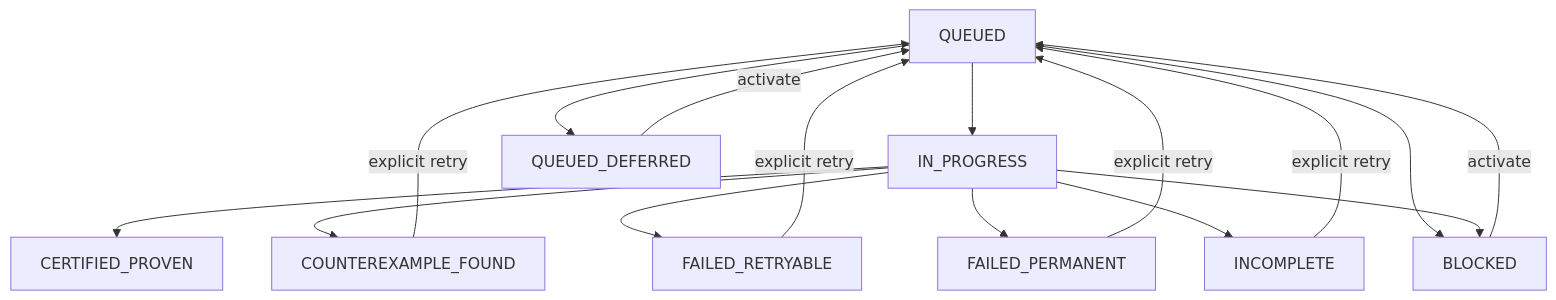
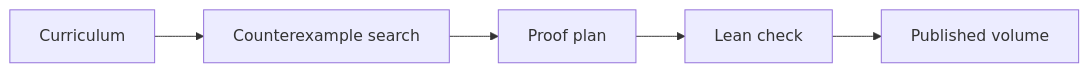
The first of 2 diagrams in README.md (itsalissonsilva/daily-palindrome), drawn with Mermaid before and after one commit. The commit also changed other lines of this file and 20 other files, not shown here.

Commit message:
Extend roadmap and publish volumes 6 and 7

````diff
--- a/README.md
+++ b/README.md
@@ -63,18 +11,7 @@
 ```mermaid
-flowchart TD
-    Q[QUEUED] --> P[IN_PROGRESS]
-    Q --> D[QUEUED_DEFERRED]
-    Q --> B[BLOCKED]
-    D -->|activate| Q
-    B -->|activate| Q
-    P --> C[CERTIFIED_PROVEN]
-    P --> CE[COUNTEREXAMPLE_FOUND]
-    P --> FR[FAILED_RETRYABLE]
-    P --> FP[FAILED_PERMANENT]
-    P --> I[INCOMPLETE]
-    P --> B
-    FR -->|explicit retry| Q
-    FP -->|explicit retry| Q
-    I -->|explicit retry| Q
-    CE -->|explicit retry| Q
+flowchart LR
+    A[Curriculum] --> B[Counterexample search]
+    B --> C[Proof plan]
+    C --> D[Lean check]
+    D --> E[Published volume]
 ```
````
